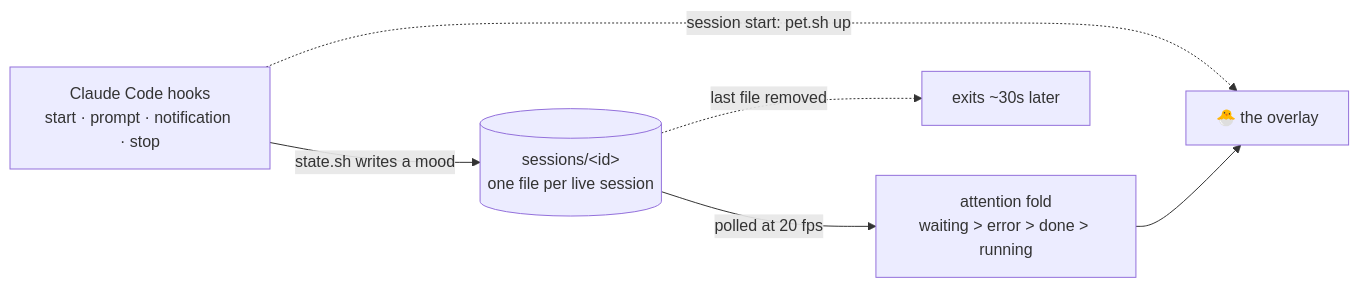
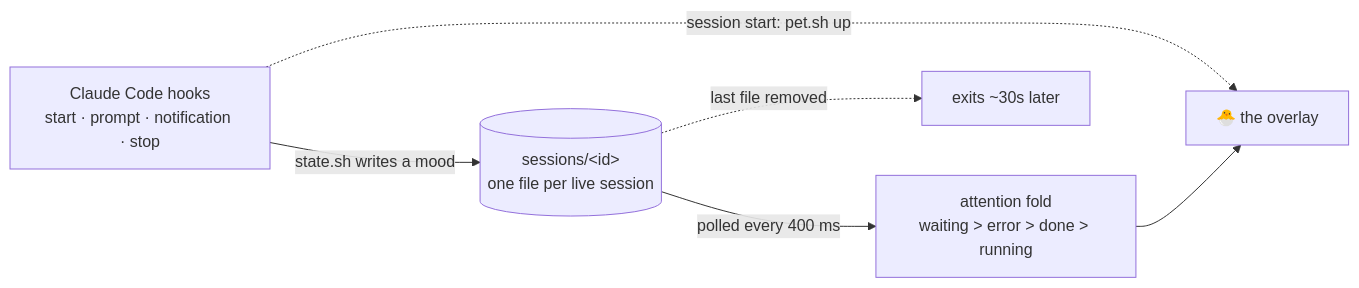
Before and after one commit to zexion7873/perchling: the diagram in README.md, drawn with Mermaid. The commit also changed other lines of this file and 9 other files, not shown here.

````diff
--- a/README.md
+++ b/README.md
@@ -267,14 +273,14 @@
 ```mermaid
 flowchart LR
     Hooks["Claude Code hooks<br/>start · prompt · notification · stop"]
     Files[("sessions/&lt;id&gt;<br/>one file per live session")]
     Fold["attention fold<br/>waiting &gt; error &gt; done &gt; running"]
     Pet["🐣 the overlay"]
     Exit["exits ~30s later"]
 
     Hooks -.->|"session start: pet.sh up"| Pet
     Hooks -->|"state.sh writes a mood"| Files
-    Files -->|"polled at 20 fps"| Fold
+    Files -->|"polled every 400 ms"| Fold
     Fold --> Pet
     Files -.->|"last file removed"| Exit
 ```
````
